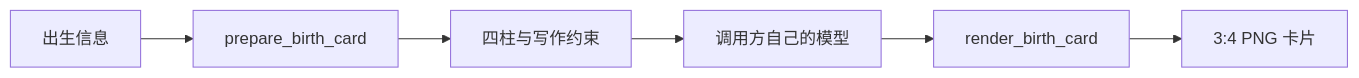
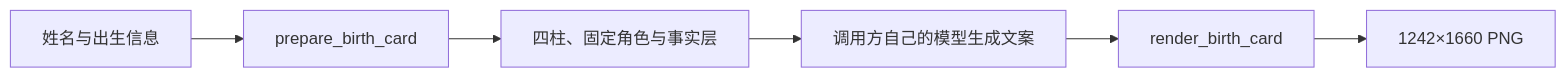
The diagram in README.md (bobbybluemoment-afk/rensheng-youji-api), drawn with Mermaid before and after one commit. The commit also changed other lines of this file and 7 other files, not shown here.

````diff
--- a/README.md
+++ b/README.md
@@ -25,8 +16,8 @@
 ```mermaid
 flowchart LR
-    A[出生信息] --> B[prepare_birth_card]
-    B --> C[四柱与写作约束]
-    C --> D[调用方自己的模型]
+    A[姓名与出生信息] --> B[prepare_birth_card]
+    B --> C[四柱、固定角色与事实层]
+    C --> D[调用方自己的模型生成文案]
     D --> E[render_birth_card]
-    E --> F[3:4 PNG 卡片]
+    E --> F[1242×1660 PNG]
 ```
````
